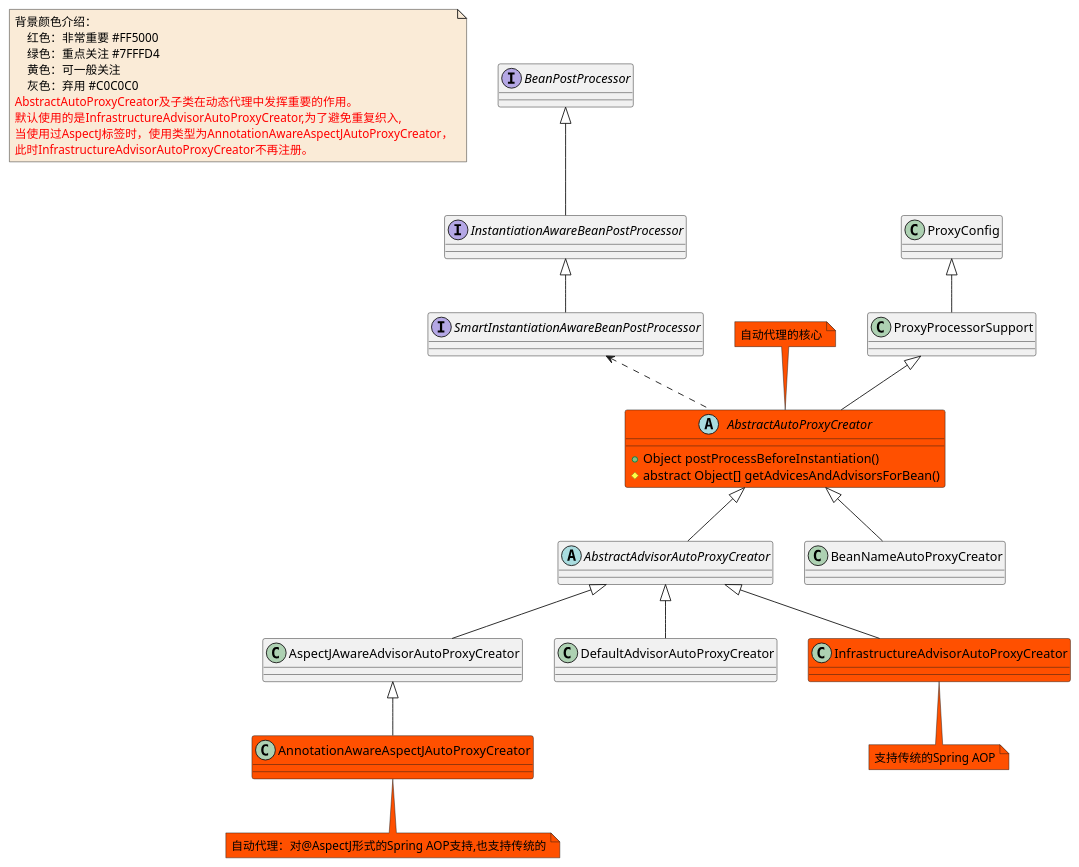
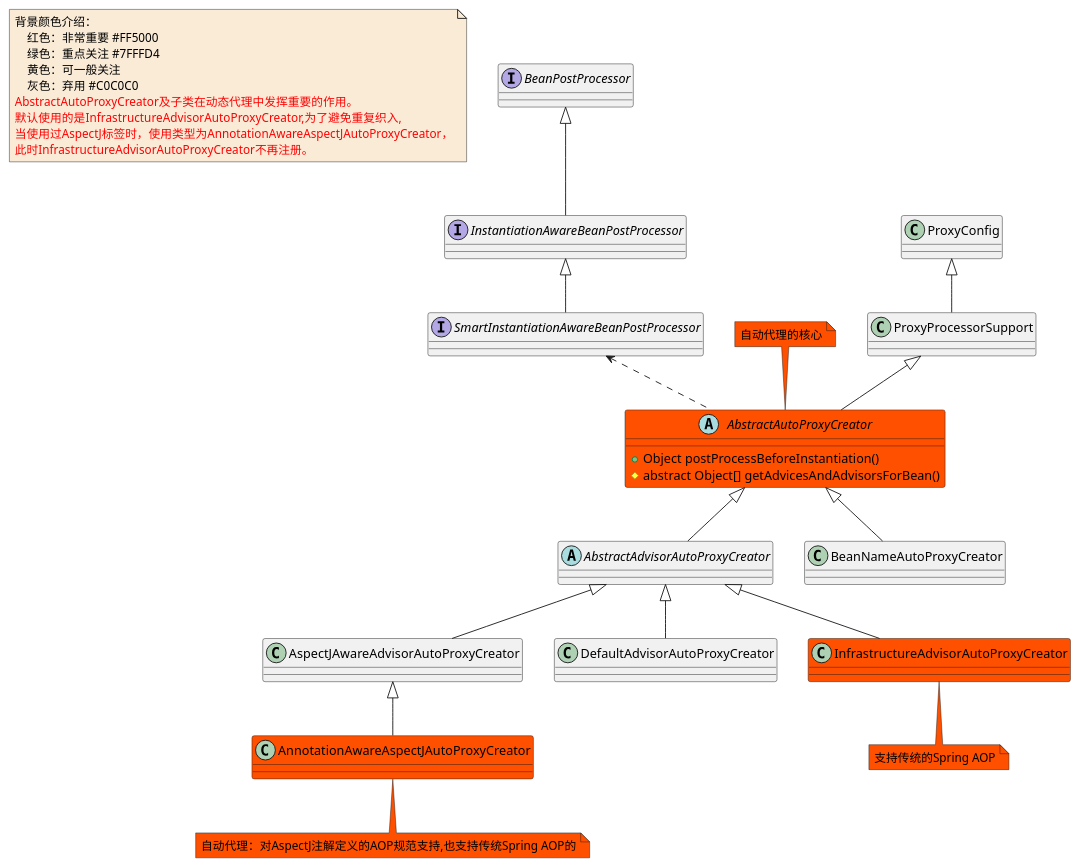
One commit to czwer/learn-spring-code changed the diagram in document/spring/base/class/Bean-BeanPostProcessor-1-AbstractAutoProxyCreator-class.puml. Above: the diagram before and after it, drawn with PlantUML. The commit also changed 26 other files, not shown here.

```diff
--- a/document/spring/base/class/Bean-BeanPostProcessor-1-AbstractAutoProxyCreator-class.puml
+++ b/document/spring/base/class/Bean-BeanPostProcessor-1-AbstractAutoProxyCreator-class.puml
@@ -1,60 +1,60 @@
 @startuml
 
 note  as N1 #FAEBD7
     背景颜色介绍：
         红色：非常重要 #FF5000
         绿色：重点关注 #7FFFD4
         黄色：可一般关注
         灰色：弃用 #C0C0C0
     <font color=red>AbstractAutoProxyCreator及子类在动态代理中发挥重要的作用。</font>
     <font color=red>默认使用的是InfrastructureAdvisorAutoProxyCreator,为了避免重复织入,</font>
     <font color=red>当使用过AspectJ标签时，使用类型为AnnotationAwareAspectJAutoProxyCreator，</font>
     <font color=red>此时InfrastructureAdvisorAutoProxyCreator不再注册。</font>
 end note
 
 interface BeanPostProcessor
 abstract class AbstractAdvisorAutoProxyCreator
 abstract class AbstractAutoProxyCreator #FF5000
 AbstractAutoProxyCreator : +Object postProcessBeforeInstantiation()
 AbstractAutoProxyCreator : #abstract Object[] getAdvicesAndAdvisorsForBean()
 note top #FF5000: 自动代理的核心
 class AnnotationAwareAspectJAutoProxyCreator #FF5000
-note bottom #FF5000 : 自动代理：对@AspectJ形式的Spring AOP支持,也支持传统的
+note bottom #FF5000 : 自动代理：对AspectJ注解定义的AOP规范支持,也支持传统Spring AOP的
 class AspectJAwareAdvisorAutoProxyCreator
 class BeanNameAutoProxyCreator
 class DefaultAdvisorAutoProxyCreator
 class InfrastructureAdvisorAutoProxyCreator #FF5000
 note bottom #FF5000 :支持传统的Spring AOP
 interface InstantiationAwareBeanPostProcessor
 interface SmartInstantiationAwareBeanPostProcessor
 
 class ProxyConfig
 class ProxyProcessorSupport
 
 
 AbstractAutoProxyCreator <|-- AbstractAdvisorAutoProxyCreator
 AbstractAutoProxyCreator <|-- BeanNameAutoProxyCreator
 
 
 
 AbstractAdvisorAutoProxyCreator <|-- AspectJAwareAdvisorAutoProxyCreator
 AbstractAdvisorAutoProxyCreator <|-- DefaultAdvisorAutoProxyCreator
 AbstractAdvisorAutoProxyCreator <|-- InfrastructureAdvisorAutoProxyCreator
 
 
 AspectJAwareAdvisorAutoProxyCreator <|-- AnnotationAwareAspectJAutoProxyCreator
 
 
 
 BeanPostProcessor <|-- InstantiationAwareBeanPostProcessor
 
 
 InstantiationAwareBeanPostProcessor <|-- SmartInstantiationAwareBeanPostProcessor
 
 
 ProxyConfig <|-- ProxyProcessorSupport
 ProxyProcessorSupport <|-- AbstractAutoProxyCreator
 
 SmartInstantiationAwareBeanPostProcessor <.. AbstractAutoProxyCreator
 
 @enduml
```
